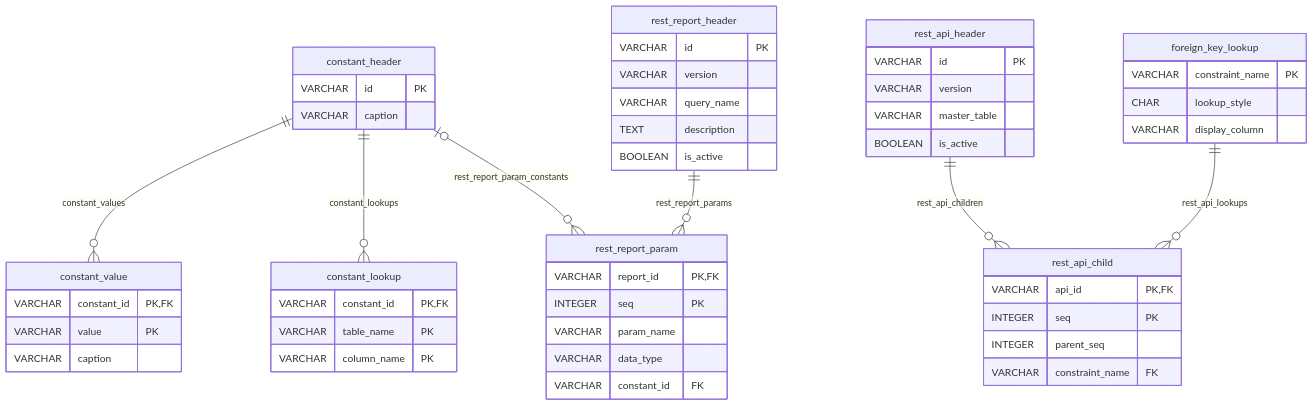
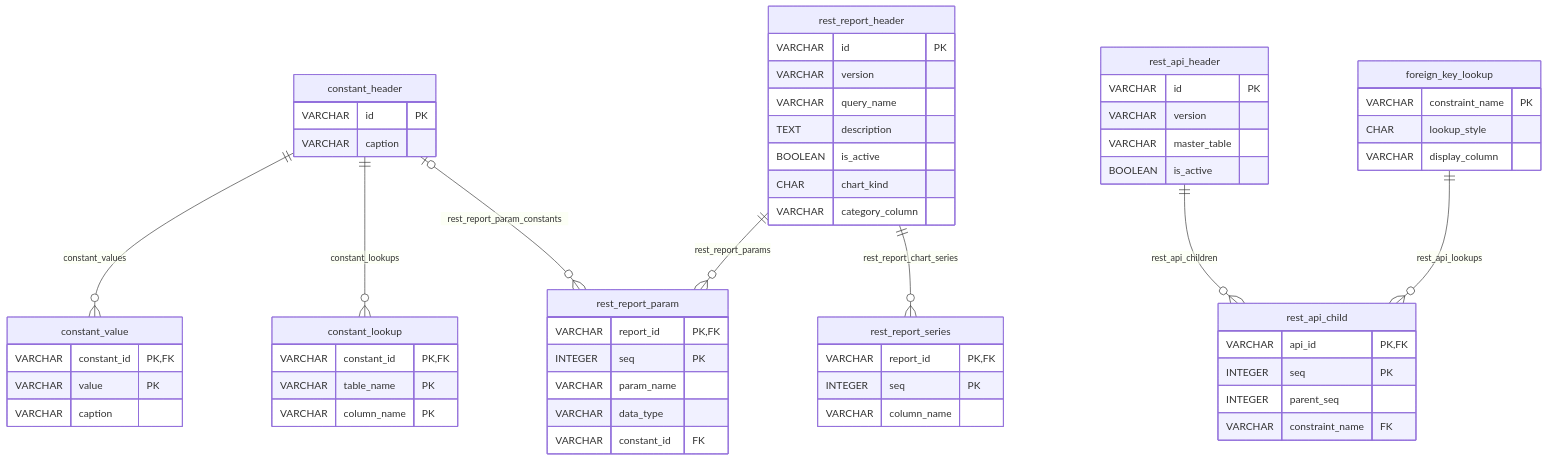
One commit to nauticana/keel changed the fifth of 24 diagrams in doc/database.md. Above: the diagram before and after it, drawn with Mermaid. The commit also changed other lines of this file and 12 other files, not shown here.

Commit message:
Report charts

````diff
--- a/doc/database.md
+++ b/doc/database.md
@@ -401,55 +403,63 @@
 ```mermaid
 erDiagram
     constant_header ||--o{ constant_value : "constant_values"
     constant_header ||--o{ constant_lookup : "constant_lookups"
     rest_api_header ||--o{ rest_api_child : "rest_api_children"
     foreign_key_lookup ||--o{ rest_api_child : "rest_api_lookups"
     rest_report_header ||--o{ rest_report_param : "rest_report_params"
+    rest_report_header ||--o{ rest_report_series : "rest_report_chart_series"
     constant_header o|--o{ rest_report_param : "rest_report_param_constants"
 
     constant_header {
         VARCHAR id PK
         VARCHAR caption
     }
     constant_value {
         VARCHAR constant_id PK,FK
         VARCHAR value PK
         VARCHAR caption
     }
     constant_lookup {
         VARCHAR constant_id PK,FK
         VARCHAR table_name PK
         VARCHAR column_name PK
     }
     foreign_key_lookup {
         VARCHAR constraint_name PK
         CHAR lookup_style
         VARCHAR display_column
     }
     rest_api_header {
         VARCHAR id PK
         VARCHAR version
         VARCHAR master_table
         BOOLEAN is_active
     }
     rest_api_child {
         VARCHAR api_id PK,FK
         INTEGER seq PK
         INTEGER parent_seq
         VARCHAR constraint_name FK
     }
     rest_report_header {
         VARCHAR id PK
         VARCHAR version
         VARCHAR query_name
         TEXT description
         BOOLEAN is_active
+        CHAR chart_kind
+        VARCHAR category_column
+    }
+    rest_report_series {
+        VARCHAR report_id PK,FK
+        INTEGER seq PK
+        VARCHAR column_name
     }
     rest_report_param {
         VARCHAR report_id PK,FK
         INTEGER seq PK
         VARCHAR param_name
         VARCHAR data_type
         VARCHAR constant_id FK
     }
 ```
````
